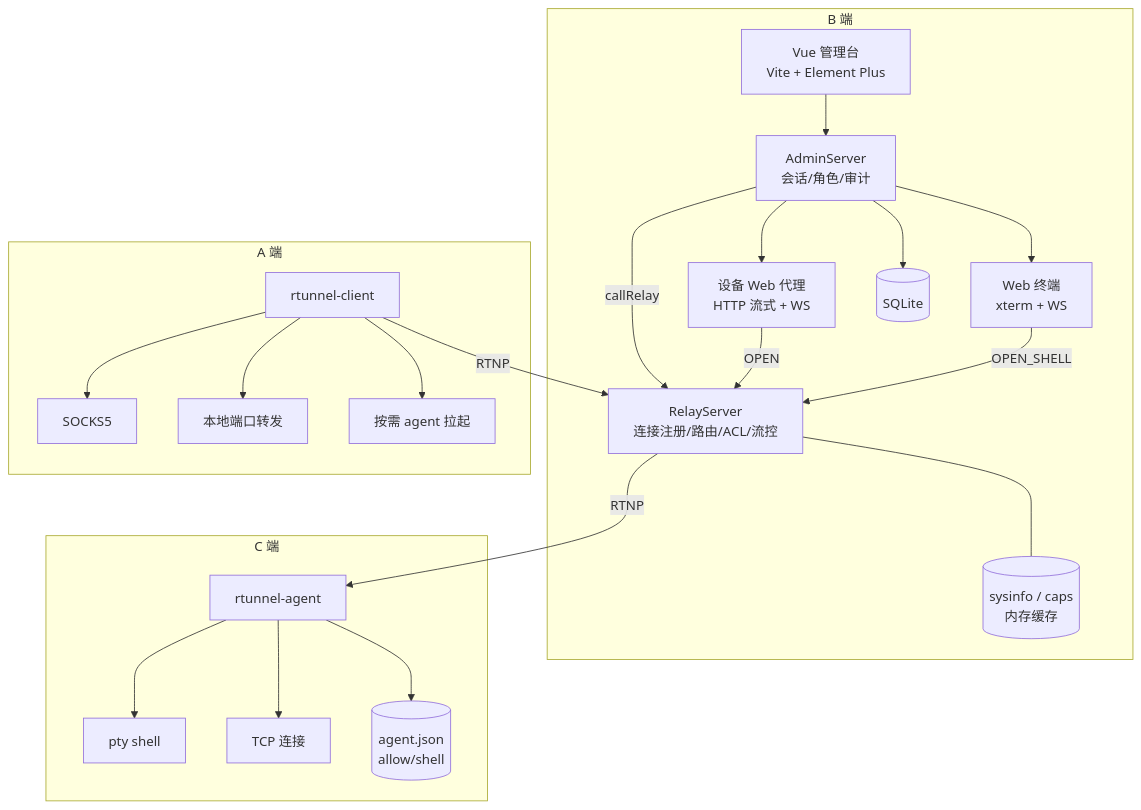
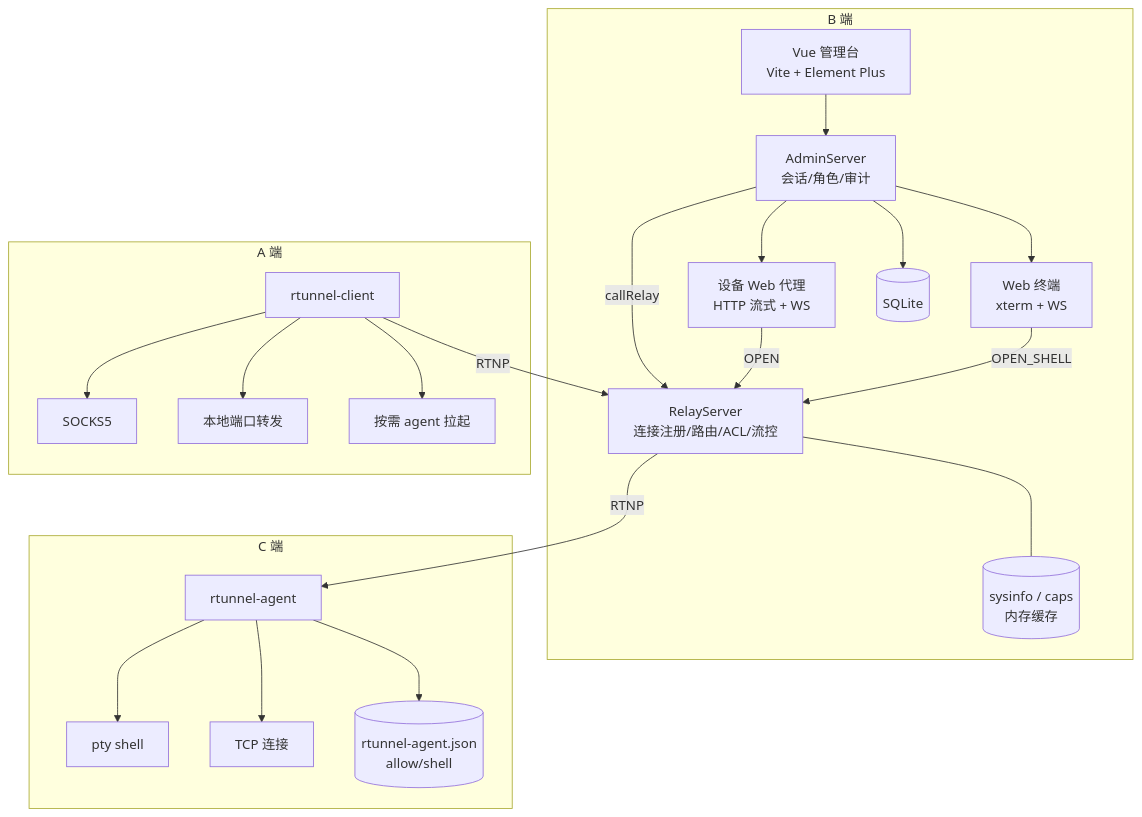
One commit to c8877/libhv changed the second of 6 diagrams in docs/design/rtunnel-diagrams.md. Above: the diagram before and after it, drawn with Mermaid. The commit also changed other lines of this file and 19 other files, not shown here.

````diff
--- a/docs/design/rtunnel-diagrams.md
+++ b/docs/design/rtunnel-diagrams.md
@@ -79,40 +79,40 @@
 ```mermaid
 flowchart TB
     subgraph B[B 端]
         UI[Vue 管理台<br/>Vite + Element Plus]
         API[AdminServer<br/>会话/角色/审计]
         PROXY[设备 Web 代理<br/>HTTP 流式 + WS]
         TERM[Web 终端<br/>xterm + WS]
         REL[RelayServer<br/>连接注册/路由/ACL/流控]
         CACHE[(sysinfo / caps<br/>内存缓存)]
         DB[(SQLite)]
         UI --> API
         API --> PROXY
         API --> TERM
         API --> DB
         API -->|callRelay| REL
         REL --- CACHE
     end
     subgraph A[A 端]
         CL[rtunnel-client]
         SOCKS[SOCKS5]
         FWD[本地端口转发]
         SPWN[按需 agent 拉起]
         CL --> SOCKS
         CL --> FWD
         CL --> SPWN
     end
     subgraph C[C 端]
         AG[rtunnel-agent]
         PTY[pty shell]
         TCP[TCP 连接]
-        CFG[(agent.json<br/>allow/shell)]
+        CFG[(rtunnel-agent.json<br/>allow/shell)]
         AG --> PTY
         AG --> TCP
         AG --> CFG
     end
     CL -->|RTNP| REL
     REL -->|RTNP| AG
     PROXY -->|OPEN| REL
     TERM -->|OPEN_SHELL| REL
 ```
````
